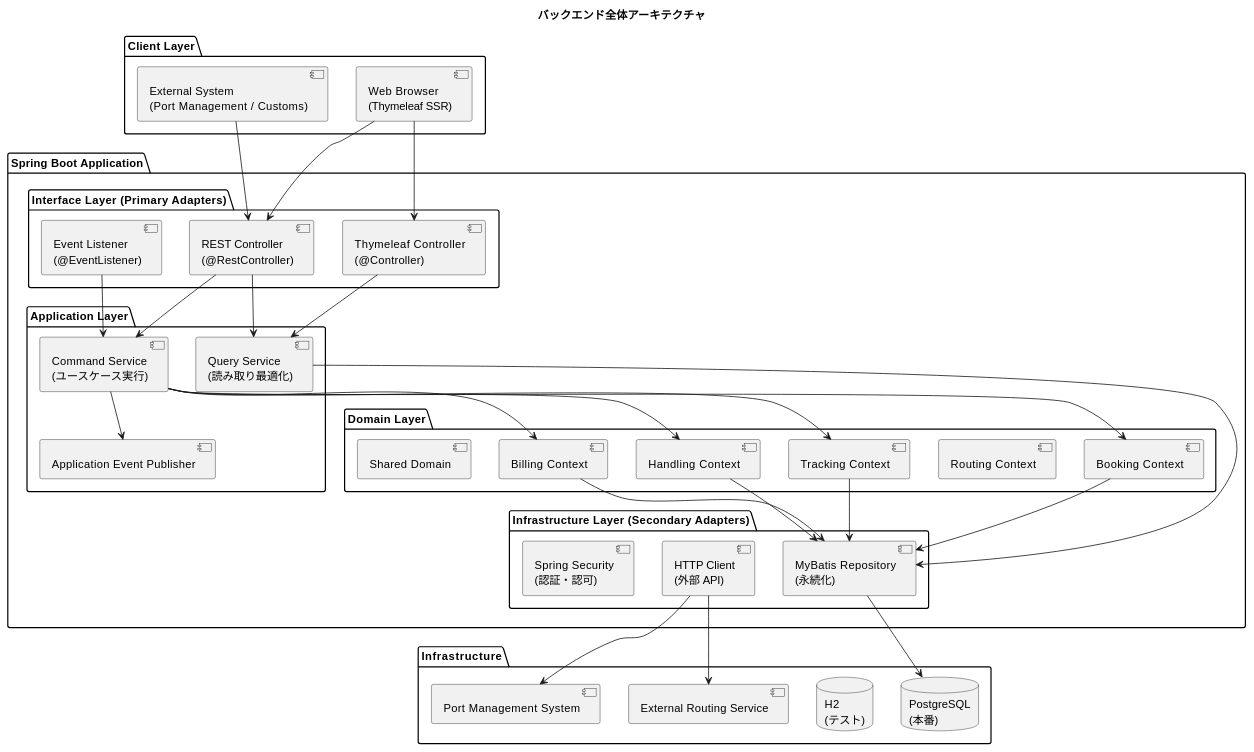
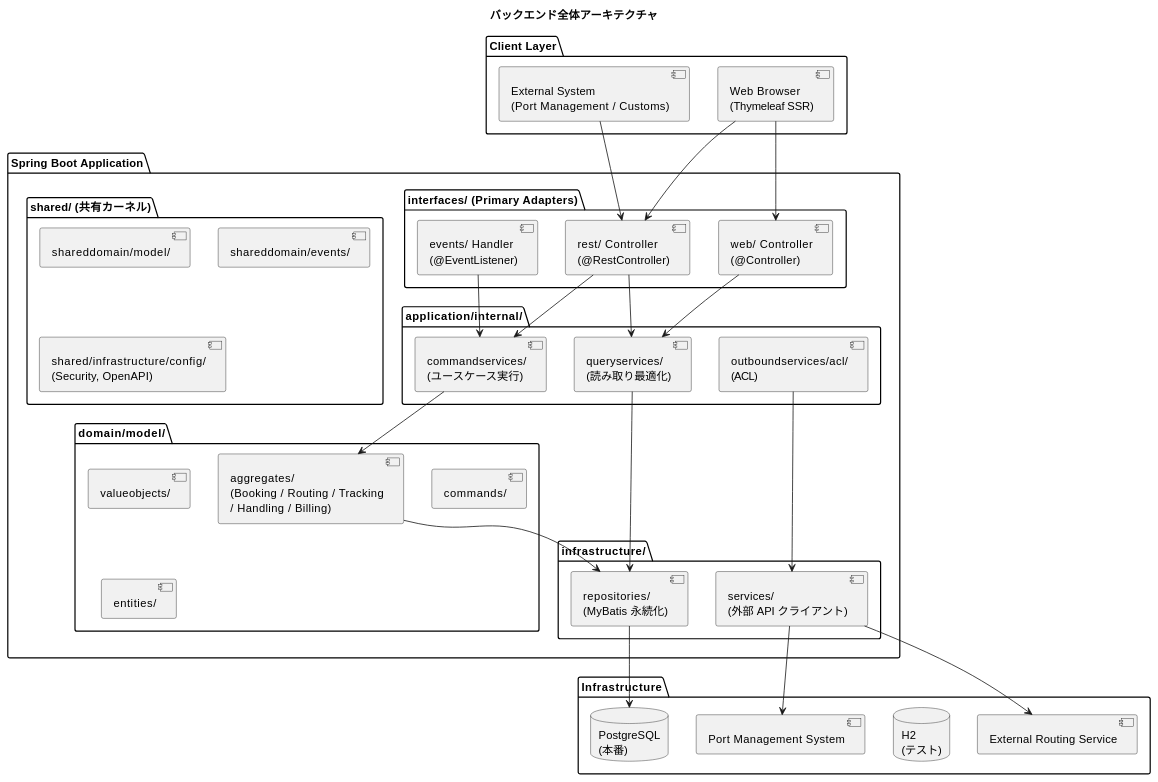
One commit to k2works/case-study-cargo-tracker changed the first of 7 diagrams in docs/design/architecture_backend.md. Above: the diagram before and after it, drawn with PlantUML.

Commit message:
docs: 全体アーキテクチャ図のレイヤー名を Practical DDD パッケージ構成に統一
Interface Layer → interfaces/rest・web・events、
Application Layer → application/internal/commandservices・queryservices・outboundservices/acl、
Domain Layer → domain/model/aggregates・valueobjects・commands・entities、
Infrastructure Layer → infrastructure/repositories・services に変更。

````diff
--- a/docs/design/architecture_backend.md
+++ b/docs/design/architecture_backend.md
@@ -39,74 +39,71 @@
 ```plantuml
 @startuml
 title バックエンド全体アーキテクチャ
 
 package "Client Layer" {
   [Web Browser\n(Thymeleaf SSR)]
   [External System\n(Port Management / Customs)]
 }
 
 package "Spring Boot Application" {
 
-  package "Interface Layer (Primary Adapters)" {
-    [REST Controller\n(@RestController)]
-    [Thymeleaf Controller\n(@Controller)]
-    [Event Listener\n(@EventListener)]
+  package "interfaces/ (Primary Adapters)" {
+    [rest/ Controller\n(@RestController)]
+    [web/ Controller\n(@Controller)]
+    [events/ Handler\n(@EventListener)]
   }
 
-  package "Application Layer" {
-    [Command Service\n(ユースケース実行)]
-    [Query Service\n(読み取り最適化)]
-    [Application Event Publisher]
+  package "application/internal/" {
+    [commandservices/\n(ユースケース実行)]
+    [queryservices/\n(読み取り最適化)]
+    [outboundservices/acl/\n(ACL)]
   }
 
-  package "Domain Layer" {
-    [Booking Context]
-    [Routing Context]
-    [Tracking Context]
-    [Handling Context]
-    [Billing Context]
-    [Shared Domain]
+  package "domain/model/" {
+    [aggregates/\n(Booking / Routing / Tracking\n/ Handling / Billing)]
+    [valueobjects/]
+    [commands/]
+    [entities/]
   }
 
-  package "Infrastructure Layer (Secondary Adapters)" {
-    [MyBatis Repository\n(永続化)]
-    [HTTP Client\n(外部 API)]
-    [Spring Security\n(認証・認可)]
+  package "infrastructure/" {
+    [repositories/\n(MyBatis 永続化)]
+    [services/\n(外部 API クライアント)]
+  }
+
+  package "shared/ (共有カーネル)" {
+    [shareddomain/model/]
+    [shareddomain/events/]
+    [shared/infrastructure/config/\n(Security, OpenAPI)]
   }
 }
 
 package "Infrastructure" {
   database "PostgreSQL\n(本番)"
   database "H2\n(テスト)"
   [External Routing Service]
   [Port Management System]
 }
 
-[Web Browser\n(Thymeleaf SSR)] --> [REST Controller\n(@RestController)]
-[Web Browser\n(Thymeleaf SSR)] --> [Thymeleaf Controller\n(@Controller)]
-[External System\n(Port Management / Customs)] --> [REST Controller\n(@RestController)]
+[Web Browser\n(Thymeleaf SSR)] --> [rest/ Controller\n(@RestController)]
+[Web Browser\n(Thymeleaf SSR)] --> [web/ Controller\n(@Controller)]
+[External System\n(Port Management / Customs)] --> [rest/ Controller\n(@RestController)]
 
-[REST Controller\n(@RestController)] --> [Command Service\n(ユースケース実行)]
-[REST Controller\n(@RestController)] --> [Query Service\n(読み取り最適化)]
-[Thymeleaf Controller\n(@Controller)] --> [Query Service\n(読み取り最適化)]
-[Event Listener\n(@EventListener)] --> [Command Service\n(ユースケース実行)]
+[rest/ Controller\n(@RestController)] --> [commandservices/\n(ユースケース実行)]
+[rest/ Controller\n(@RestController)] --> [queryservices/\n(読み取り最適化)]
+[web/ Controller\n(@Controller)] --> [queryservices/\n(読み取り最適化)]
+[events/ Handler\n(@EventListener)] --> [commandservices/\n(ユースケース実行)]
 
-[Command Service\n(ユースケース実行)] --> [Booking Context]
-[Command Service\n(ユースケース実行)] --> [Tracking Context]
-[Command Service\n(ユースケース実行)] --> [Handling Context]
-[Command Service\n(ユースケース実行)] --> [Billing Context]
-[Command Service\n(ユースケース実行)] --> [Application Event Publisher]
+[commandservices/\n(ユースケース実行)] --> [aggregates/\n(Booking / Routing / Tracking\n/ Handling / Billing)]
+[outboundservices/acl/\n(ACL)] --> [services/\n(外部 API クライアント)]
 
-[Query Service\n(読み取り最適化)] --> [MyBatis Repository\n(永続化)]
+[queryservices/\n(読み取り最適化)] --> [repositories/\n(MyBatis 永続化)]
 
-[Booking Context] --> [MyBatis Repository\n(永続化)]
-[Tracking Context] --> [MyBatis Repository\n(永続化)]
-[Handling Context] --> [MyBatis Repository\n(永続化)]
-[Billing Context] --> [MyBatis Repository\n(永続化)]
+[aggregates/\n(Booking / Routing / Tracking\n/ Handling / Billing)] --> [repositories/\n(MyBatis 永続化)]
 
-[MyBatis Repository\n(永続化)] --> [PostgreSQL\n(本番)]
-[HTTP Client\n(外部 API)] --> [External Routing Service]
-[HTTP Client\n(外部 API)] --> [Port Management System]
+[repositories/\n(MyBatis 永続化)] --> [PostgreSQL\n(本番)]
+[services/\n(外部 API クライアント)] --> [External Routing Service]
+[services/\n(外部 API クライアント)] --> [Port Management System]
 
 @enduml
 ```
````
